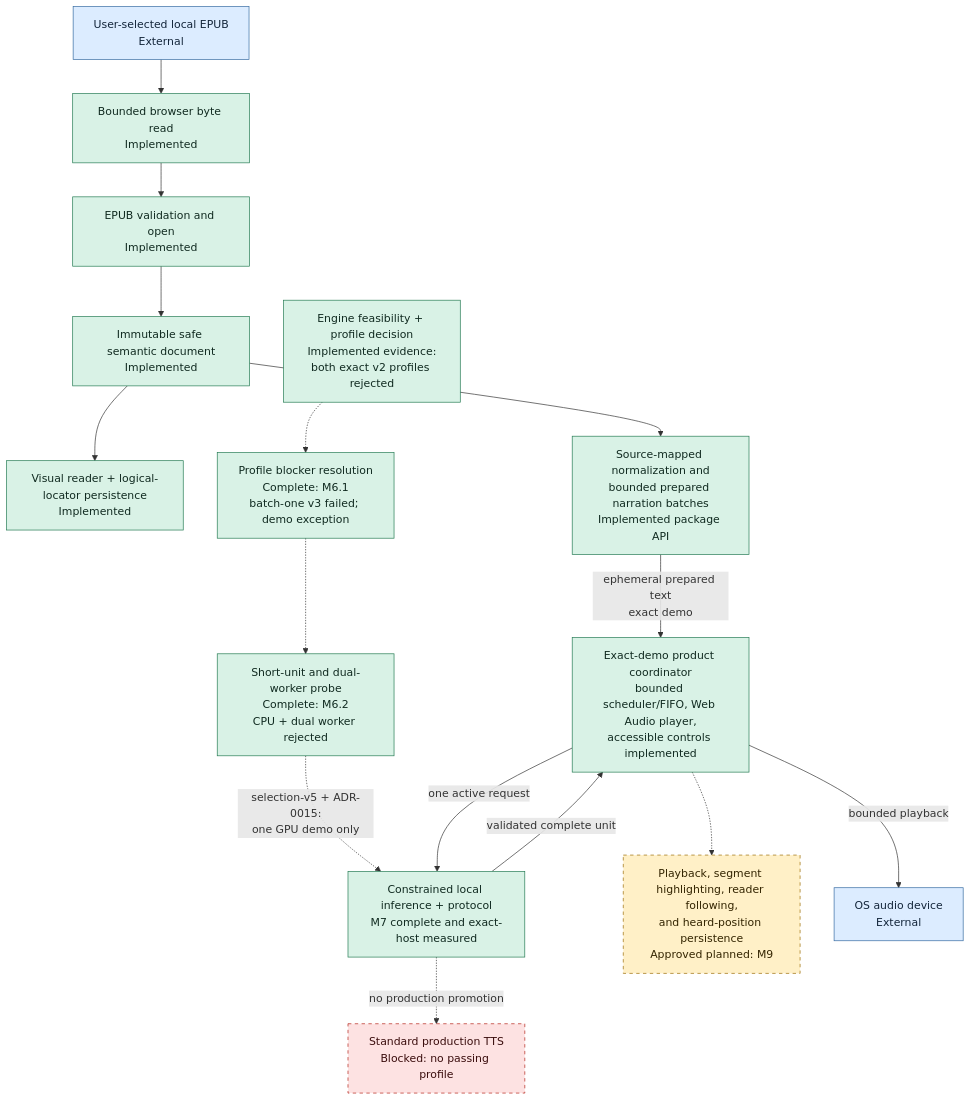
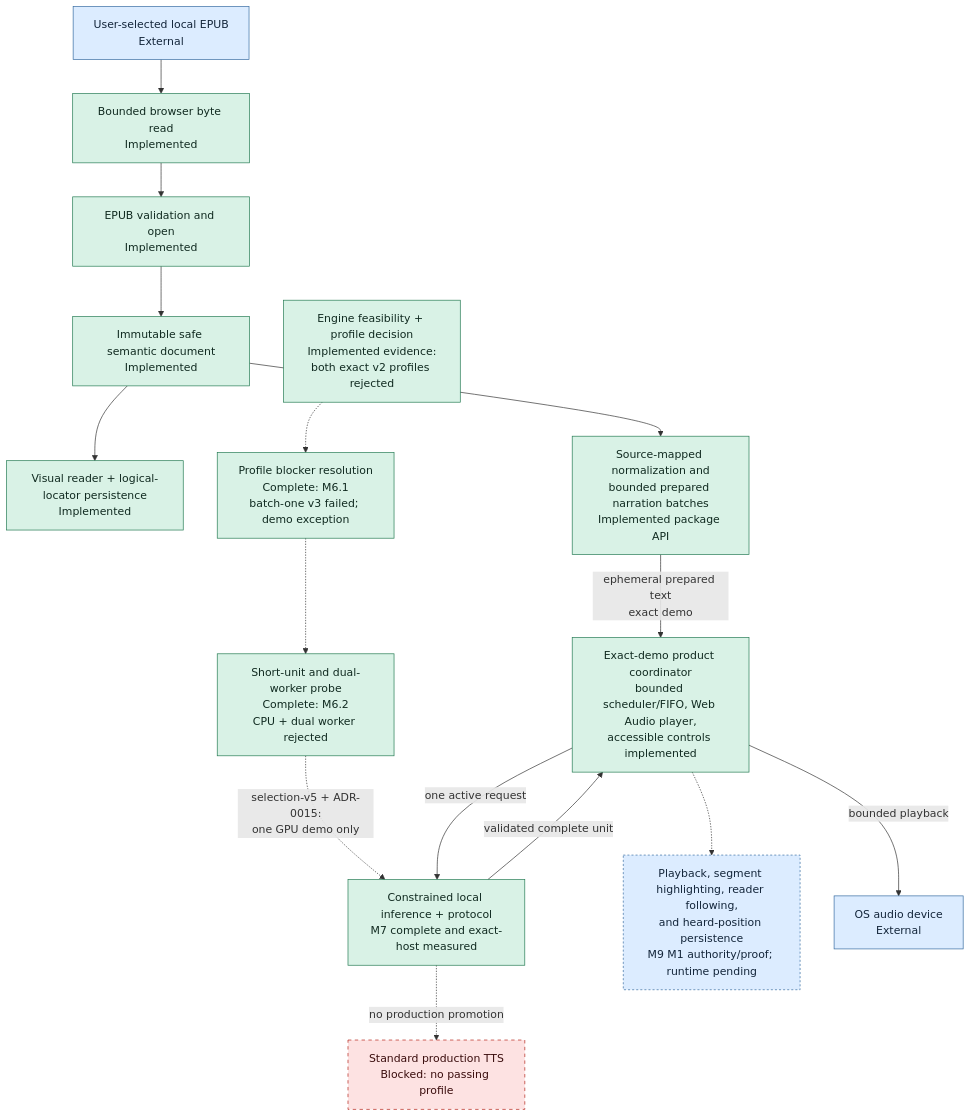
One commit to mmjosedaniel/voxleaf changed the second of 2 diagrams in docs/architecture/system-diagram.md. Above: the diagram before and after it, drawn with Mermaid. The commit also changed other lines of this file and 15 other files, not shown here.

````diff
--- a/docs/architecture/system-diagram.md
+++ b/docs/architecture/system-diagram.md
@@ -132,36 +133,36 @@
 ```mermaid
 flowchart TD
     classDef implemented fill:#d9f2e6,stroke:#247a52,color:#102a20
     classDef progress fill:#dcecff,stroke:#356aa0,color:#13253a,stroke-dasharray: 3 3
     classDef planned fill:#fff0c7,stroke:#9a6b00,color:#332400,stroke-dasharray: 5 5
     classDef blocked fill:#fde2e2,stroke:#b42318,color:#3a0d0d,stroke-dasharray: 5 5
     classDef deferred fill:#eceff3,stroke:#667085,color:#20242a,stroke-dasharray: 5 5
     classDef external fill:#dcecff,stroke:#356aa0,color:#13253a
 
     FILE["User-selected local EPUB<br/>External"]:::external
     READ["Bounded browser byte read<br/>Implemented"]:::implemented
     OPEN["EPUB validation and open<br/>Implemented"]:::implemented
     SAFE["Immutable safe semantic document<br/>Implemented"]:::implemented
     VISUAL["Visual reader + logical-locator persistence<br/>Implemented"]:::implemented
     PREP["Source-mapped normalization and<br/>bounded prepared narration batches<br/>Implemented package API"]:::implemented
     PROFILE["Engine feasibility + profile decision<br/>Implemented evidence:<br/>both exact v2 profiles rejected"]:::implemented
     NEXT_PROFILE["Profile blocker resolution<br/>Complete: M6.1<br/>batch-one v3 failed; demo exception"]:::implemented
     BATCH_PROBE["Short-unit and dual-worker probe<br/>Complete: M6.2<br/>CPU + dual worker rejected"]:::implemented
     INFER["Constrained local inference + protocol<br/>M7 complete and exact-host measured"]:::implemented
     PROD["Standard production TTS<br/>Blocked: no passing profile"]:::blocked
     BUFFER["Exact-demo product coordinator<br/>bounded scheduler/FIFO, Web Audio player,<br/>accessible controls implemented"]:::implemented
-    FOLLOW["Playback, segment highlighting, reader following,<br/>and heard-position persistence<br/>Approved planned: M9"]:::planned
+    FOLLOW["Playback, segment highlighting, reader following,<br/>and heard-position persistence<br/>M9 M1 authority/proof; runtime pending"]:::progress
     DEVICE["OS audio device<br/>External"]:::external
 
     FILE --> READ --> OPEN --> SAFE --> VISUAL
     SAFE --> PREP
     PREP -->|"ephemeral prepared text<br/>exact demo"| BUFFER
     PROFILE -.-> NEXT_PROFILE
     NEXT_PROFILE -.-> BATCH_PROBE
     BATCH_PROBE -.->|"selection-v5 + ADR-0015:<br/>one GPU demo only"| INFER
     INFER -.->|"no production promotion"| PROD
     BUFFER -->|"one active request"| INFER
     INFER -->|"validated complete unit"| BUFFER
     BUFFER -.-> FOLLOW
     BUFFER -->|"bounded playback"| DEVICE
 ```
````
